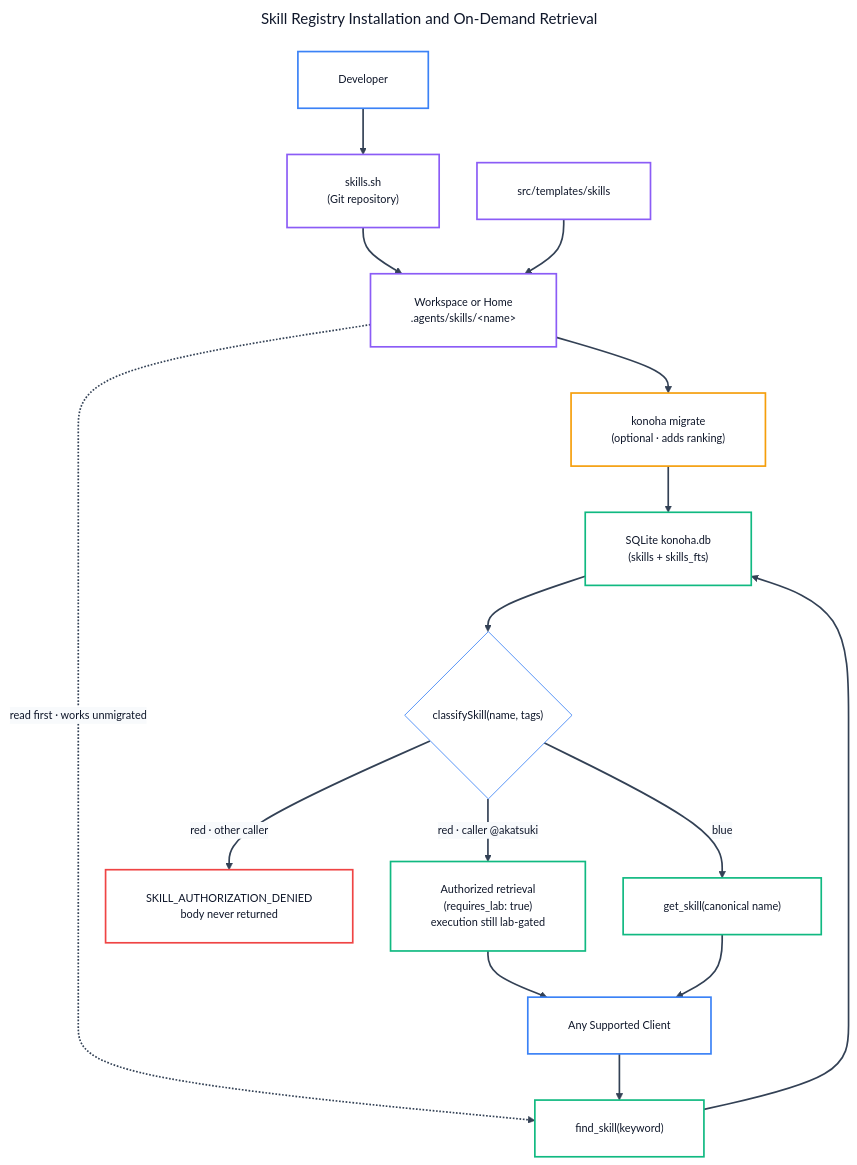
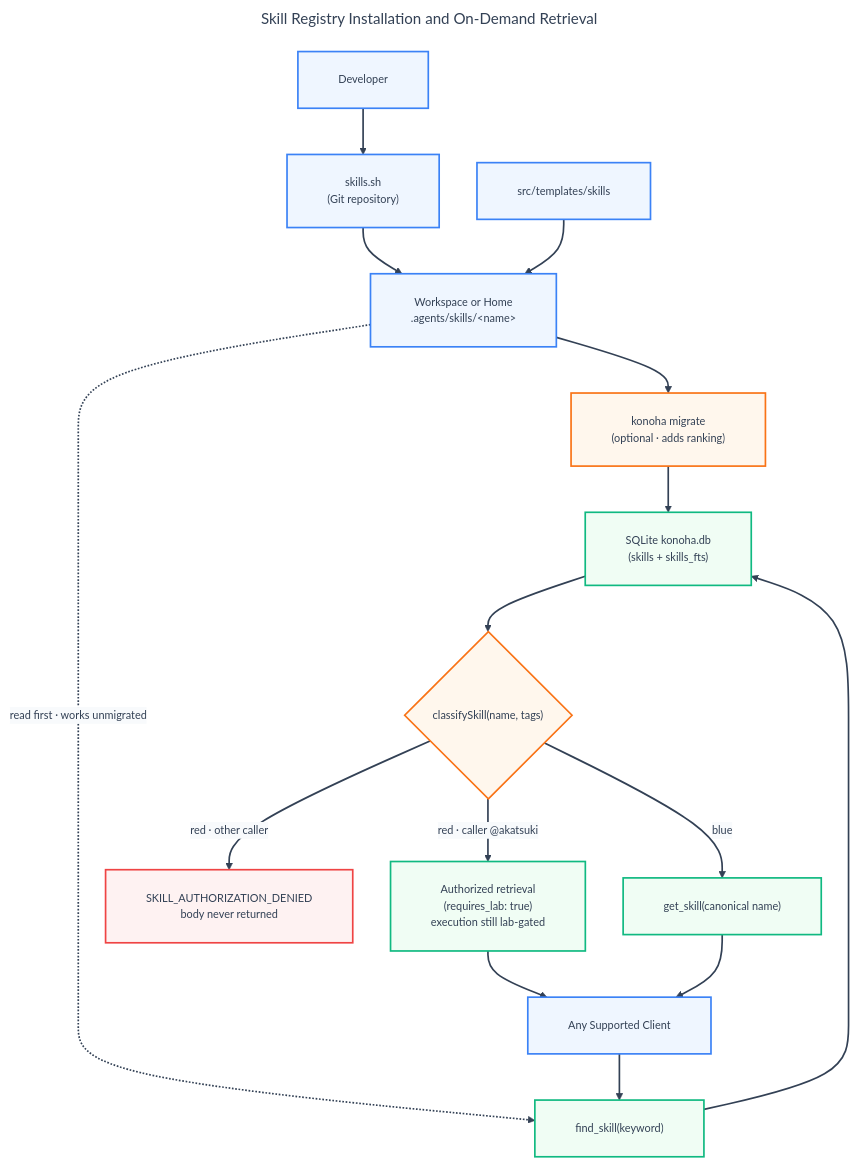
The diagram in docs/ADDING-SKILLS.md (andycungkrinx91/konoha), drawn with Mermaid before and after one commit. The commit also changed 136 other files, not shown here.

````diff
--- a/docs/ADDING-SKILLS.md
+++ b/docs/ADDING-SKILLS.md
@@ -13,52 +13,51 @@
 ```mermaid
 ---
 title: Skill Registry Installation and On-Demand Retrieval
 config:
   theme: base
   themeVariables:
     darkMode: false
     background: '#ffffff'
-    mainBkg: '#ffffff'
-    primaryColor: '#ffffff'
-    primaryTextColor: '#0f172a'
+    mainBkg: '#eff6ff'
+    primaryColor: '#eff6ff'
+    primaryTextColor: '#334155'
     primaryBorderColor: '#3b82f6'
     lineColor: '#334155'
     arrowheadColor: '#334155'
     secondaryColor: '#f8fafc'
-    tertiaryColor: '#ffffff'
+    tertiaryColor: '#f0fdf4'
     fontFamily: 'Inter, system-ui, -apple-system, sans-serif'
     fontSize: '13px'
   flowchart:
     nodeSpacing: 45
     rankSpacing: 55
     padding: 24
     wrappingWidth: 380
 ---
 flowchart TB
     Developer["Developer"] --> Registry["skills.sh<br/>(Git repository)"]
     Registry --> Files["Workspace or Home<br/>.agents/skills/&lt;name&gt;"]
     Templates["src/templates/skills"] --> Files
     Files --> Migrate["konoha migrate<br/>(optional · adds ranking)"]
     Migrate --> DB["SQLite konoha.db<br/>(skills + skills_fts)"]
     Files -.->|"read first · works unmigrated"| Find
     Client["Any Supported Client"] --> Find["find_skill(keyword)"]
     Find --> DB
     DB --> Authz{"classifySkill(name, tags)"}-->|red · caller @akatsuki| Red["Authorized retrieval<br/>(requires_lab: true)<br/>execution still lab-gated"]
     Authz -->|red · other caller| Denied["SKILL_AUTHORIZATION_DENIED<br/>body never returned"]
     Authz -->|blue| Get["get_skill(canonical name)"]
     Red --> Client
     Get --> Client
 
     linkStyle default stroke:#334155,stroke-width:2px;
-    classDef actorNode fill:#ffffff,stroke:#3b82f6,color:#0f172a,stroke-width:2px;
-    classDef sourceNode fill:#ffffff,stroke:#8b5cf6,color:#0f172a,stroke-width:2px;
-    classDef processNode fill:#ffffff,stroke:#f59e0b,color:#0f172a,stroke-width:2px;
-    classDef runtimeNode fill:#ffffff,stroke:#10b981,color:#0f172a,stroke-width:2px;
 
-    class Developer,Client actorNode;
-    class Registry,Files,Templates sourceNode;
-    class Migrate processNode;
-    class DB,Find,Get,Red runtimeNode;
-    classDef denyNode fill:#ffffff,stroke:#ef4444,color:#0f172a,stroke-width:2px;
-    class Denied denyNode;
+    classDef blueShape fill:#eff6ff,stroke:#3b82f6,color:#334155,stroke-width:2px;
+    classDef orangeShape fill:#fff7ed,stroke:#f97316,color:#334155,stroke-width:2px;
+    classDef greenShape fill:#f0fdf4,stroke:#10b981,color:#334155,stroke-width:2px;
+    classDef redShape fill:#fef2f2,stroke:#ef4444,color:#334155,stroke-width:2px;
+
+    class Developer,Client,Registry,Files,Templates blueShape;
+    class Migrate,Authz orangeShape;
+    class DB,Find,Get,Red greenShape;
+    class Denied redShape;
 ```
````
